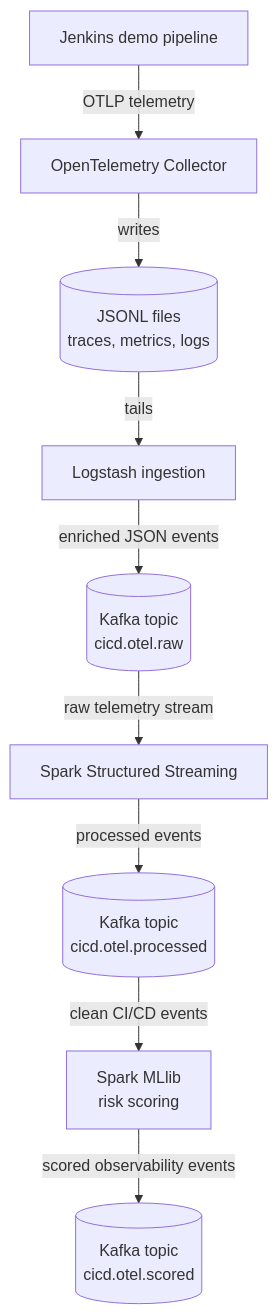
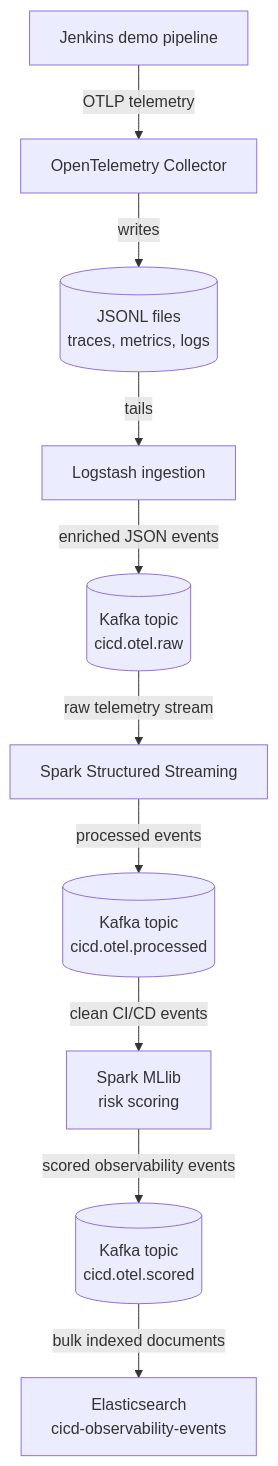
Before and after one commit to Darakuu/CI-CD-Observability-Stream: the diagram in docs/00-Pipeline_Overview.md, drawn with Mermaid. The commit also changed 11 other files, not shown here.

````diff
--- a/docs/00-Pipeline_Overview.md
+++ b/docs/00-Pipeline_Overview.md
@@ -7,21 +7,23 @@
 ```mermaid
 flowchart TD
     Jenkins["Jenkins demo pipeline"]
     OTel["OpenTelemetry Collector"]
     Files[("JSONL files\ntraces, metrics, logs")]
     Logstash["Logstash ingestion"]
     RawKafka[("Kafka topic\ncicd.otel.raw")]
     Spark["Spark Structured Streaming"]
     ProcessedKafka[("Kafka topic\ncicd.otel.processed")]
     MLlib["Spark MLlib\nrisk scoring"]
     ScoredKafka[("Kafka topic\ncicd.otel.scored")]
+    Elasticsearch["Elasticsearch\ncicd-observability-events"]
 
     Jenkins -->|"OTLP telemetry"| OTel
     OTel -->|"writes"| Files
     Files -->|"tails"| Logstash
     Logstash -->|"enriched JSON events"| RawKafka
     RawKafka -->|"raw telemetry stream"| Spark
     Spark -->|"processed events"| ProcessedKafka
     ProcessedKafka -->|"clean CI/CD events"| MLlib
     MLlib -->|"scored observability events"| ScoredKafka
+    ScoredKafka -->|"bulk indexed documents"| Elasticsearch
 ```
````
